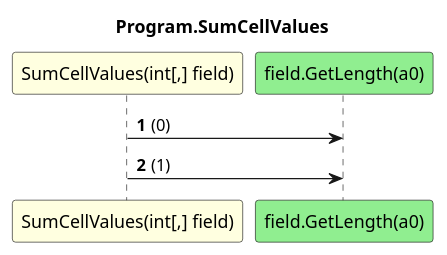
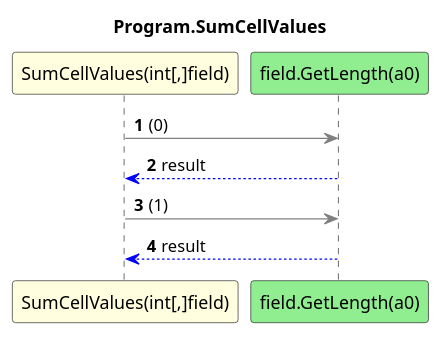
One commit to leoggehrer/2324-34_ABIF_ACIF_POSE changed the diagram in GameOfLife.ConApp/diagrams/sq_Program_SumCellValues.puml. Above: the diagram before and after it, drawn with PlantUML. The commit also changed 713 other files, not shown here.

Commit message:
Generated diagrams.

```diff
--- a/GameOfLife.ConApp/diagrams/sq_Program_SumCellValues.puml
+++ b/GameOfLife.ConApp/diagrams/sq_Program_SumCellValues.puml
@@ -1,8 +1,10 @@
 @startuml Program.SumCellValues
 title Program.SumCellValues
-participant "SumCellValues(int[,] field)" as SumCellValues_p0 #LightYellow
-participant "field.GetLength(a0)" as field.GetLength_a0 #LightGreen
+participant "SumCellValues(int[,]field)" as SumCellValues_p0 #LightYellow
+participant "field.GetLength(a0)" as field_GetLength_a0 #LightGreen
 autonumber
-SumCellValues_p0 -> field.GetLength_a0 : (0)
-SumCellValues_p0 -> field.GetLength_a0 : (1)
+SumCellValues_p0 -[#grey]> field_GetLength_a0 : (0)
+field_GetLength_a0 -[#blue]-> SumCellValues_p0 : result
+SumCellValues_p0 -[#grey]> field_GetLength_a0 : (1)
+field_GetLength_a0 -[#blue]-> SumCellValues_p0 : result
 @enduml
```
